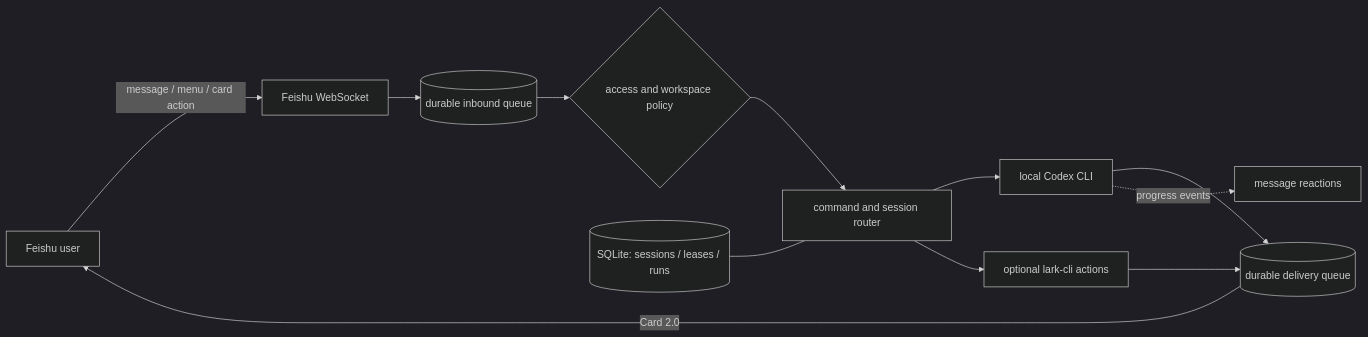
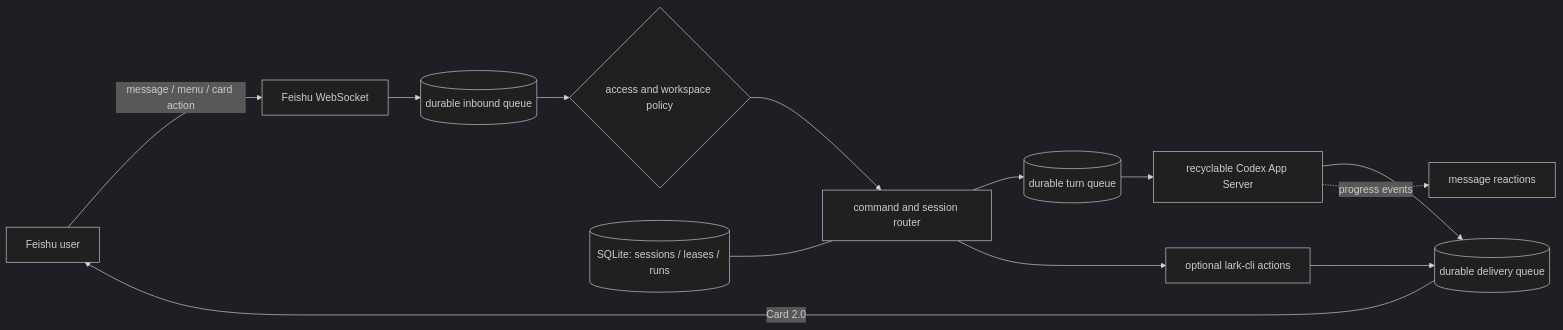
One commit to AIME-JF/lark-codex-hub changed the diagram in README.en.md. Above: the diagram before and after it, drawn with Mermaid (dark theme). The commit also changed other lines of this file and 42 other files, not shown here.

````diff
--- a/README.en.md
+++ b/README.en.md
@@ -31,14 +35,15 @@
 ```mermaid
 flowchart LR
     U[Feishu user] -->|message / menu / card action| WS[Feishu WebSocket]
     WS --> IQ[(durable inbound queue)]
     IQ --> ACL{access and workspace policy}
     ACL --> CMD[command and session router]
-    CMD --> CODEX[local Codex CLI]
+    CMD --> TQ[(durable turn queue)]
+    TQ --> CODEX[recyclable Codex App Server]
     CMD --> LARK[optional lark-cli actions]
     CODEX --> DQ[(durable delivery queue)]
     LARK --> DQ
     DQ -->|Card 2.0| U
     CODEX -.progress events.-> REACT[message reactions]
     DB[(SQLite: sessions / leases / runs)] --- CMD
 ```
````
